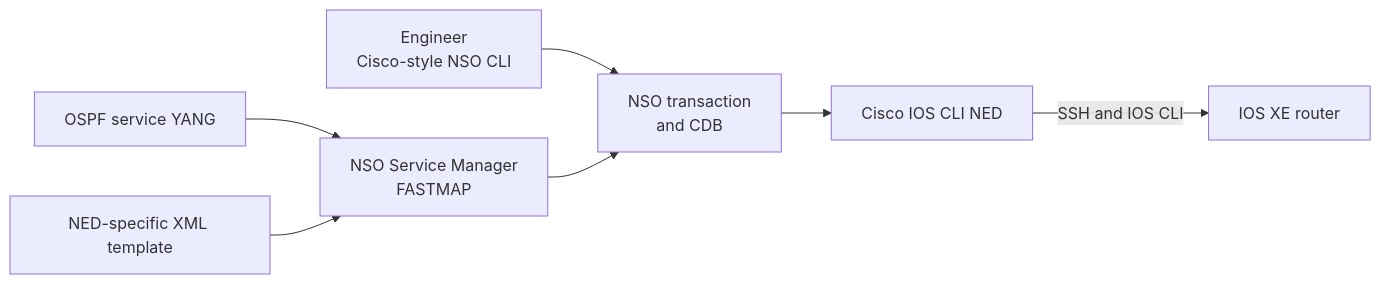
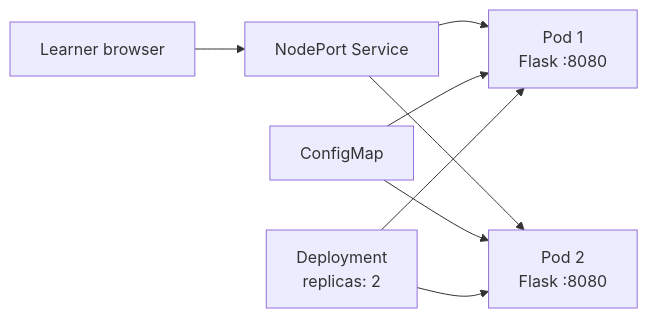
One commit to tanthanh85/CCNPAUTO changed the diagram in LAB/Lab16/Lab16.md. Above: the diagram before and after it, drawn with Mermaid. The commit also changed other lines of this file and 113 other files, not shown here.

````diff
--- a/LAB/Lab16/Lab16.md
+++ b/LAB/Lab16/Lab16.md
@@ -24,9 +21,10 @@
 ```mermaid
 flowchart LR
-    Operator["Engineer<br/>Cisco-style NSO CLI"] --> CDB["NSO transaction<br/>and CDB"]
-    YANG["OSPF service YANG"] --> Service["NSO Service Manager<br/>FASTMAP"]
-    Template["NED-specific XML template"] --> Service
-    Service --> CDB
-    CDB --> NED["Cisco IOS CLI NED"]
-    NED -->|"SSH and IOS CLI"| XE["IOS XE router"]
+    U["Learner browser"] --> S["NodePort Service"]
+    S --> P1["Pod 1<br/>Flask :8080"]
+    S --> P2["Pod 2<br/>Flask :8080"]
+    C["ConfigMap"] --> P1
+    C --> P2
+    D["Deployment<br/>replicas: 2"] --> P1
+    D --> P2
 ```
````
